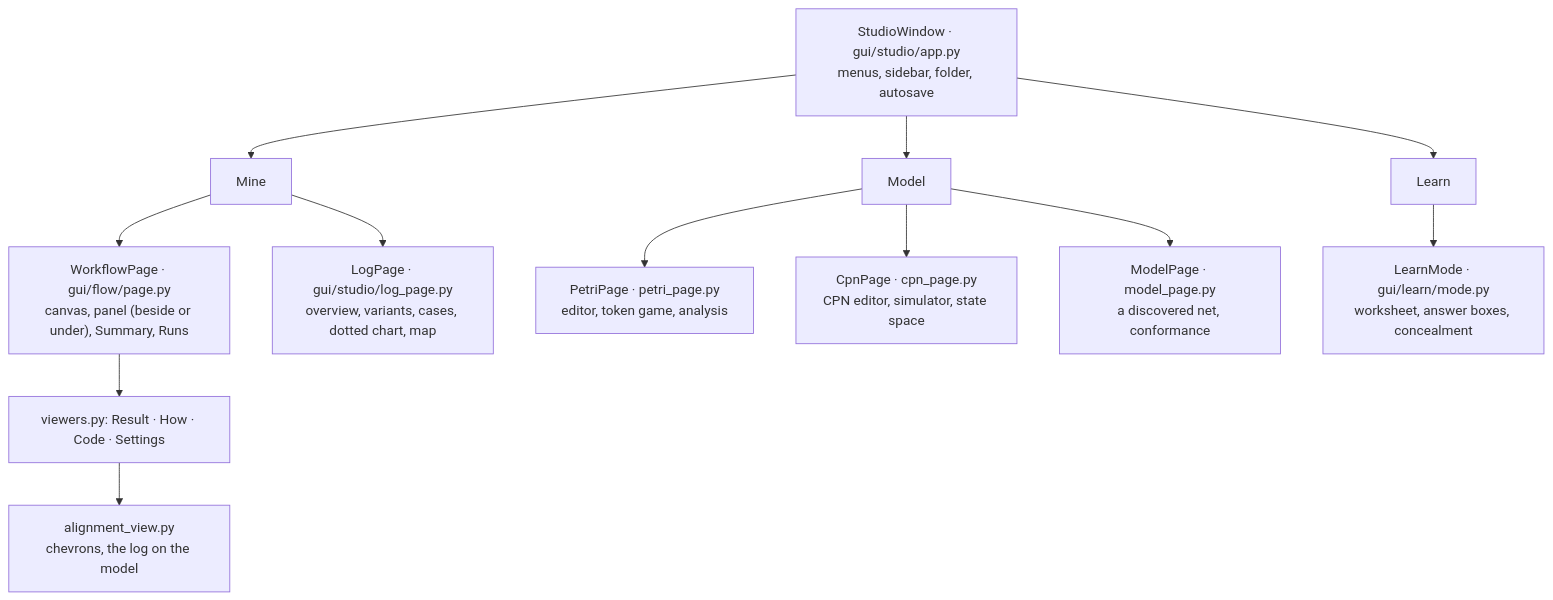
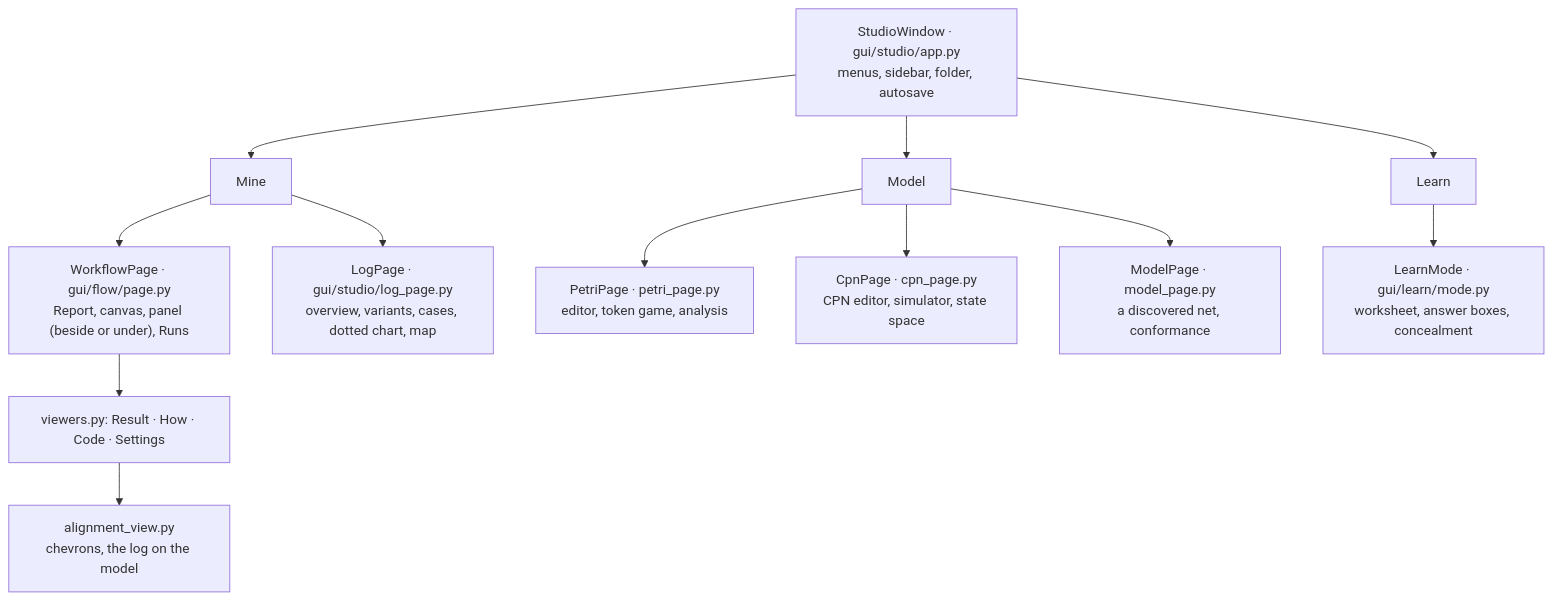
The third of 3 diagrams in docs/architecture.md (s4mstruthers/openprocess), drawn with Mermaid before and after one commit. The commit also changed other lines of this file and 11 other files, not shown here.

First line of the commit message:
Workflow page: a Report view lists every result in run order (#81)

````diff
--- a/docs/architecture.md
+++ b/docs/architecture.md
@@ -185,15 +185,15 @@
 ```mermaid
 flowchart TB
   window["StudioWindow · gui/studio/app.py<br/>menus, sidebar, folder, autosave"]
   window --> mine["Mine"]
   window --> modelspace["Model"]
   window --> learnspace["Learn"]
-  mine --> wfpage["WorkflowPage · gui/flow/page.py<br/>canvas, panel (beside or under), Summary, Runs"]
+  mine --> wfpage["WorkflowPage · gui/flow/page.py<br/>Report, canvas, panel (beside or under), Runs"]
   mine --> logpage["LogPage · gui/studio/log_page.py<br/>overview, variants, cases, dotted chart, map"]
   wfpage --> viewers["viewers.py: Result · How · Code · Settings"]
   viewers --> alignview["alignment_view.py<br/>chevrons, the log on the model"]
   modelspace --> petri["PetriPage · petri_page.py<br/>editor, token game, analysis"]
   modelspace --> cpn["CpnPage · cpn_page.py<br/>CPN editor, simulator, state space"]
   modelspace --> modelpage["ModelPage · model_page.py<br/>a discovered net, conformance"]
   learnspace --> mode["LearnMode · gui/learn/mode.py<br/>worksheet, answer boxes, concealment"]
 ```
````
